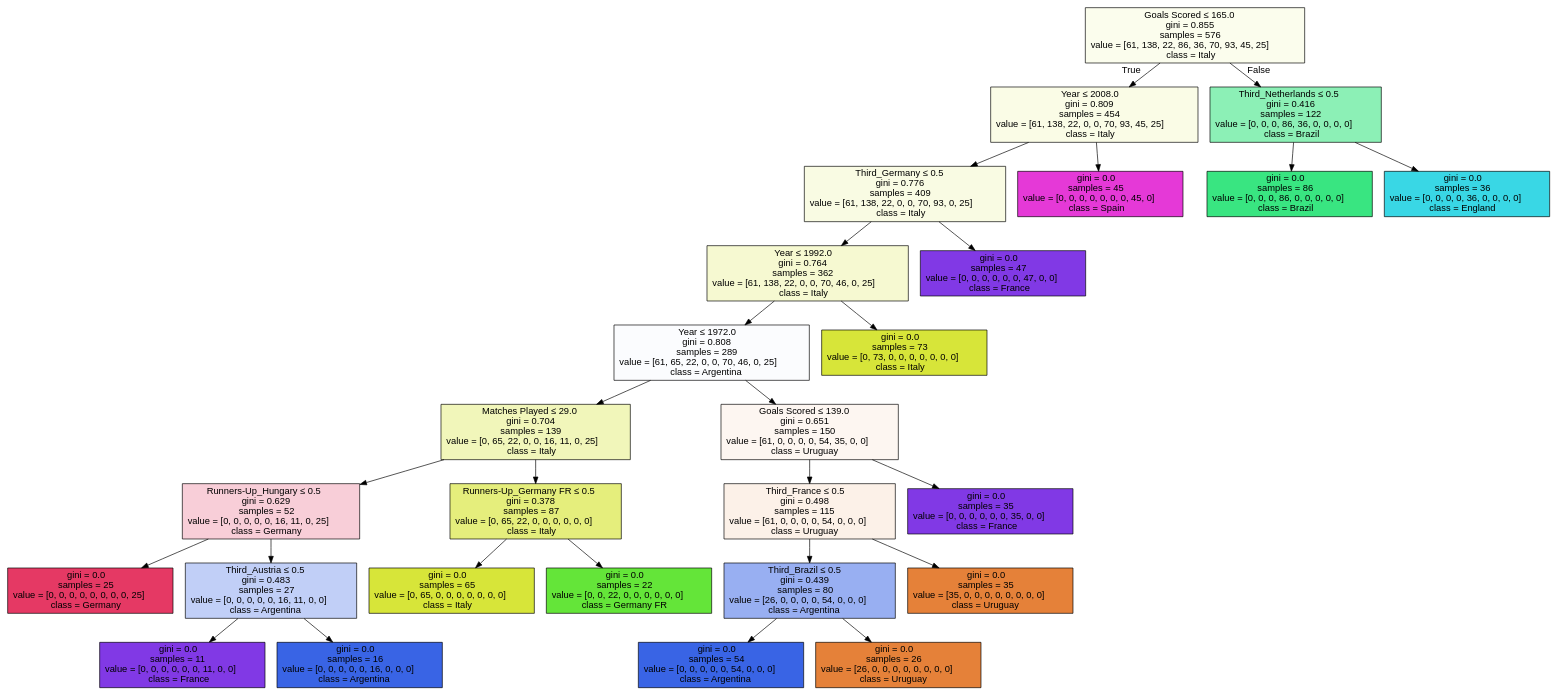
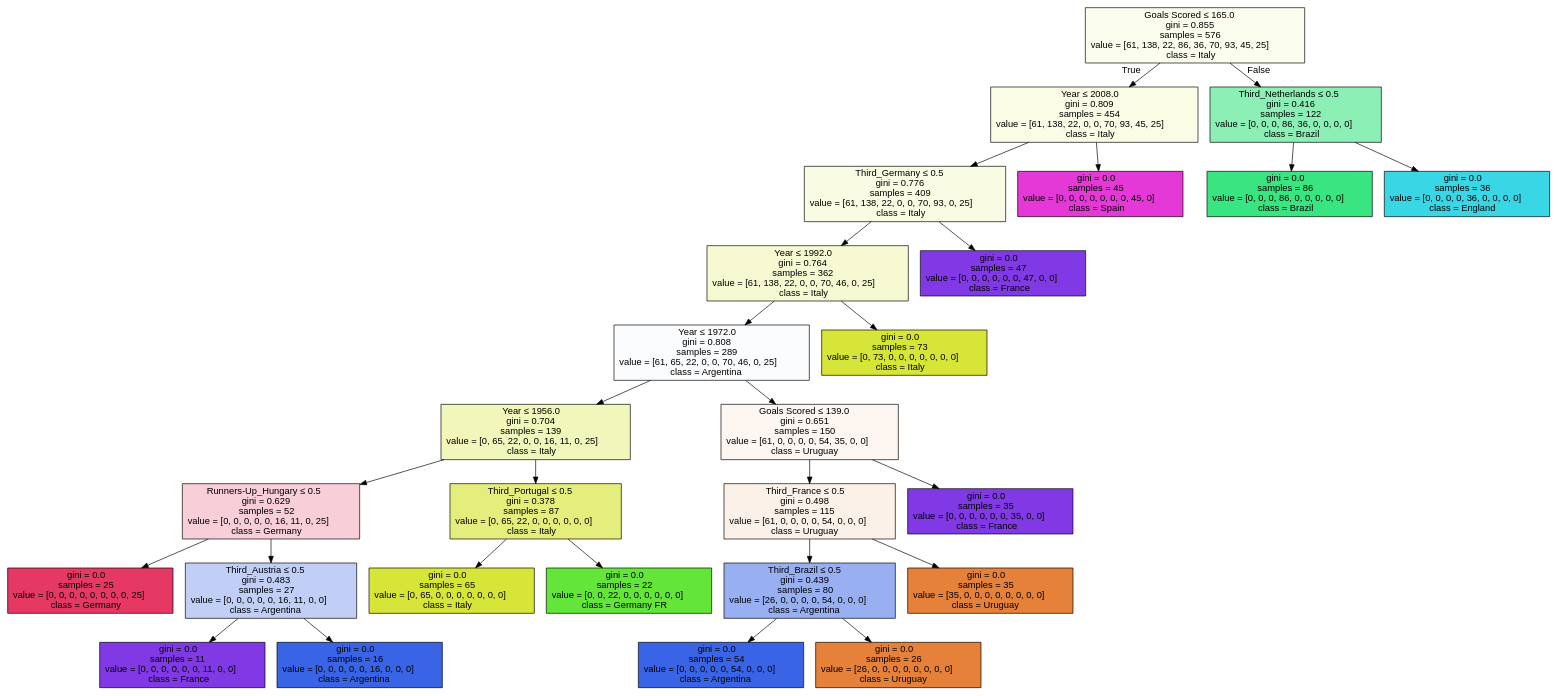
Before and after one commit to juanandresc-jarp/MachineLearningProject: the diagram in world_cup.dot, drawn with Graphviz. The commit also changed 2 other files, not shown here.

```diff
--- a/world_cup.dot
+++ b/world_cup.dot
@@ -1,57 +1,57 @@
 digraph Tree {
 node [shape=box, style="filled", color="black", fontname="helvetica"] ;
 edge [fontname="helvetica"] ;
 0 [label=<Goals Scored &le; 165.0<br/>gini = 0.855<br/>samples = 576<br/>value = [61, 138, 22, 86, 36, 70, 93, 45, 25]<br/>class = Italy>, fillcolor="#fbfded"] ;
 1 [label=<Year &le; 2008.0<br/>gini = 0.809<br/>samples = 454<br/>value = [61, 138, 22, 0, 0, 70, 93, 45, 25]<br/>class = Italy>, fillcolor="#fafce6"] ;
 0 -> 1 [labeldistance=2.5, labelangle=45, headlabel="True"] ;
 2 [label=<Third_Germany &le; 0.5<br/>gini = 0.776<br/>samples = 409<br/>value = [61, 138, 22, 0, 0, 70, 93, 0, 25]<br/>class = Italy>, fillcolor="#f9fbe3"] ;
 1 -> 2 ;
 3 [label=<Year &le; 1992.0<br/>gini = 0.764<br/>samples = 362<br/>value = [61, 138, 22, 0, 0, 70, 46, 0, 25]<br/>class = Italy>, fillcolor="#f6f9d1"] ;
 2 -> 3 ;
 4 [label=<Year &le; 1972.0<br/>gini = 0.808<br/>samples = 289<br/>value = [61, 65, 22, 0, 0, 70, 46, 0, 25]<br/>class = Argentina>, fillcolor="#fbfcfe"] ;
 3 -> 4 ;
-5 [label=<Matches Played &le; 29.0<br/>gini = 0.704<br/>samples = 139<br/>value = [0, 65, 22, 0, 0, 16, 11, 0, 25]<br/>class = Italy>, fillcolor="#f1f6ba"] ;
+5 [label=<Year &le; 1956.0<br/>gini = 0.704<br/>samples = 139<br/>value = [0, 65, 22, 0, 0, 16, 11, 0, 25]<br/>class = Italy>, fillcolor="#f1f6ba"] ;
 4 -> 5 ;
 6 [label=<Runners-Up_Hungary &le; 0.5<br/>gini = 0.629<br/>samples = 52<br/>value = [0, 0, 0, 0, 0, 16, 11, 0, 25]<br/>class = Germany>, fillcolor="#f8ced8"] ;
 5 -> 6 ;
 7 [label=<gini = 0.0<br/>samples = 25<br/>value = [0, 0, 0, 0, 0, 0, 0, 0, 25]<br/>class = Germany>, fillcolor="#e53964"] ;
 6 -> 7 ;
 8 [label=<Third_Austria &le; 0.5<br/>gini = 0.483<br/>samples = 27<br/>value = [0, 0, 0, 0, 0, 16, 11, 0, 0]<br/>class = Argentina>, fillcolor="#c1cff7"] ;
 6 -> 8 ;
 9 [label=<gini = 0.0<br/>samples = 11<br/>value = [0, 0, 0, 0, 0, 0, 11, 0, 0]<br/>class = France>, fillcolor="#8139e5"] ;
 8 -> 9 ;
 10 [label=<gini = 0.0<br/>samples = 16<br/>value = [0, 0, 0, 0, 0, 16, 0, 0, 0]<br/>class = Argentina>, fillcolor="#3964e5"] ;
 8 -> 10 ;
-11 [label=<Runners-Up_Germany FR &le; 0.5<br/>gini = 0.378<br/>samples = 87<br/>value = [0, 65, 22, 0, 0, 0, 0, 0, 0]<br/>class = Italy>, fillcolor="#e5ee7c"] ;
+11 [label=<Third_Portugal &le; 0.5<br/>gini = 0.378<br/>samples = 87<br/>value = [0, 65, 22, 0, 0, 0, 0, 0, 0]<br/>class = Italy>, fillcolor="#e5ee7c"] ;
 5 -> 11 ;
 12 [label=<gini = 0.0<br/>samples = 65<br/>value = [0, 65, 0, 0, 0, 0, 0, 0, 0]<br/>class = Italy>, fillcolor="#d7e539"] ;
 11 -> 12 ;
 13 [label=<gini = 0.0<br/>samples = 22<br/>value = [0, 0, 22, 0, 0, 0, 0, 0, 0]<br/>class = Germany FR>, fillcolor="#64e539"] ;
 11 -> 13 ;
 14 [label=<Goals Scored &le; 139.0<br/>gini = 0.651<br/>samples = 150<br/>value = [61, 0, 0, 0, 0, 54, 35, 0, 0]<br/>class = Uruguay>, fillcolor="#fdf6f1"] ;
 4 -> 14 ;
 15 [label=<Third_France &le; 0.5<br/>gini = 0.498<br/>samples = 115<br/>value = [61, 0, 0, 0, 0, 54, 0, 0, 0]<br/>class = Uruguay>, fillcolor="#fcf1e8"] ;
 14 -> 15 ;
 16 [label=<Third_Brazil &le; 0.5<br/>gini = 0.439<br/>samples = 80<br/>value = [26, 0, 0, 0, 0, 54, 0, 0, 0]<br/>class = Argentina>, fillcolor="#98aff2"] ;
 15 -> 16 ;
 17 [label=<gini = 0.0<br/>samples = 54<br/>value = [0, 0, 0, 0, 0, 54, 0, 0, 0]<br/>class = Argentina>, fillcolor="#3964e5"] ;
 16 -> 17 ;
 18 [label=<gini = 0.0<br/>samples = 26<br/>value = [26, 0, 0, 0, 0, 0, 0, 0, 0]<br/>class = Uruguay>, fillcolor="#e58139"] ;
 16 -> 18 ;
 19 [label=<gini = 0.0<br/>samples = 35<br/>value = [35, 0, 0, 0, 0, 0, 0, 0, 0]<br/>class = Uruguay>, fillcolor="#e58139"] ;
 15 -> 19 ;
 20 [label=<gini = 0.0<br/>samples = 35<br/>value = [0, 0, 0, 0, 0, 0, 35, 0, 0]<br/>class = France>, fillcolor="#8139e5"] ;
 14 -> 20 ;
 21 [label=<gini = 0.0<br/>samples = 73<br/>value = [0, 73, 0, 0, 0, 0, 0, 0, 0]<br/>class = Italy>, fillcolor="#d7e539"] ;
 3 -> 21 ;
 22 [label=<gini = 0.0<br/>samples = 47<br/>value = [0, 0, 0, 0, 0, 0, 47, 0, 0]<br/>class = France>, fillcolor="#8139e5"] ;
 2 -> 22 ;
 23 [label=<gini = 0.0<br/>samples = 45<br/>value = [0, 0, 0, 0, 0, 0, 0, 45, 0]<br/>class = Spain>, fillcolor="#e539d7"] ;
 1 -> 23 ;
 24 [label=<Third_Netherlands &le; 0.5<br/>gini = 0.416<br/>samples = 122<br/>value = [0, 0, 0, 86, 36, 0, 0, 0, 0]<br/>class = Brazil>, fillcolor="#8cf0b6"] ;
 0 -> 24 [labeldistance=2.5, labelangle=-45, headlabel="False"] ;
 25 [label=<gini = 0.0<br/>samples = 86<br/>value = [0, 0, 0, 86, 0, 0, 0, 0, 0]<br/>class = Brazil>, fillcolor="#39e581"] ;
 24 -> 25 ;
 26 [label=<gini = 0.0<br/>samples = 36<br/>value = [0, 0, 0, 0, 36, 0, 0, 0, 0]<br/>class = England>, fillcolor="#39d7e5"] ;
 24 -> 26 ;
 }
```
